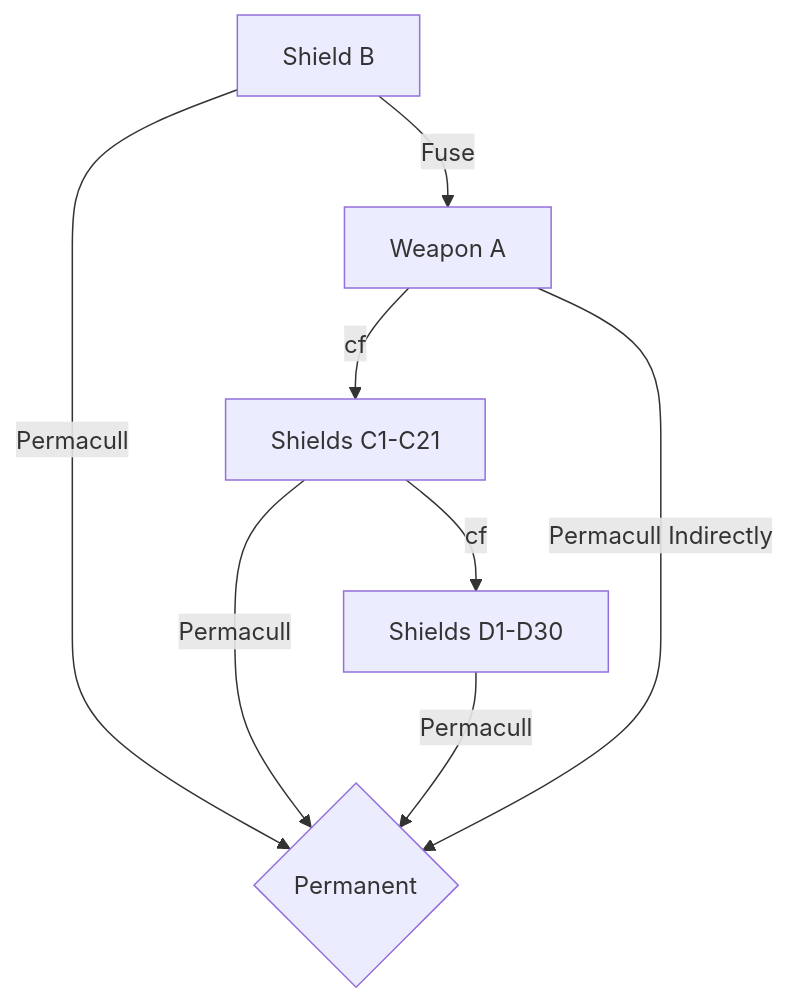
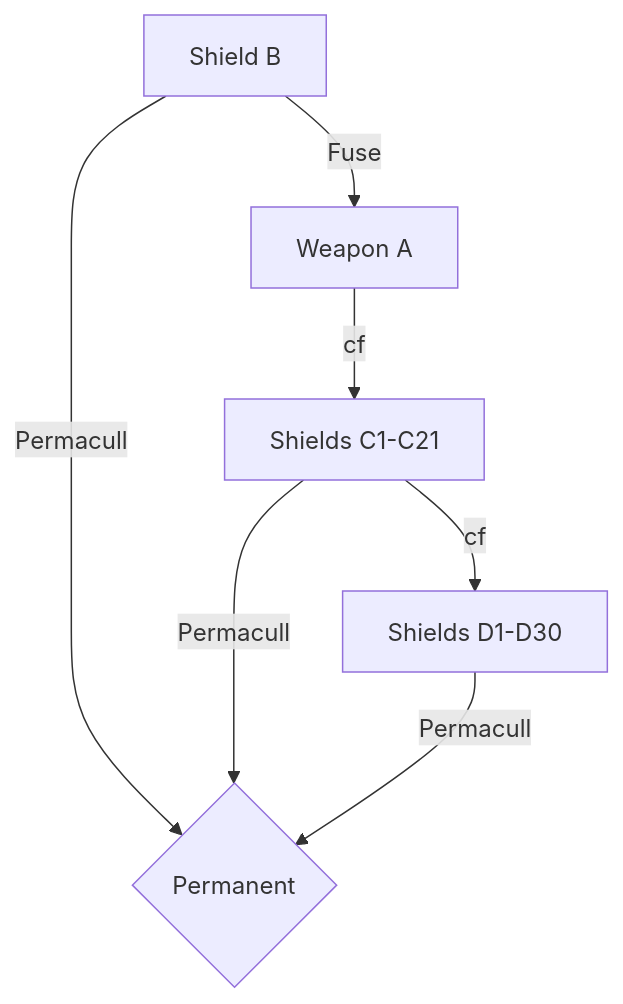
The seventh of 7 diagrams in docs/wiki/_wip/sfo-nesting-test.md (BKMzero/ultrabroken-documentation), drawn with Mermaid before and after one commit. The commit also changed other lines of this file, not shown here.

````diff
--- a/docs/wiki/_wip/sfo-nesting-test.md
+++ b/docs/wiki/_wip/sfo-nesting-test.md
@@ -542,10 +538,9 @@
             ```mermaid
             graph TD
                 A[Shield B] -->|Fuse| B[Weapon A]
                 B -->|cf| C[Shields C1-C21]
                 C -->|cf| D[Shields D1-D30]
                 A -->|Permacull| E{Permanent}
                 C -->|Permacull| E
                 D -->|Permacull| E
-                B -->|Permacull Indirectly| E
             ```
````
